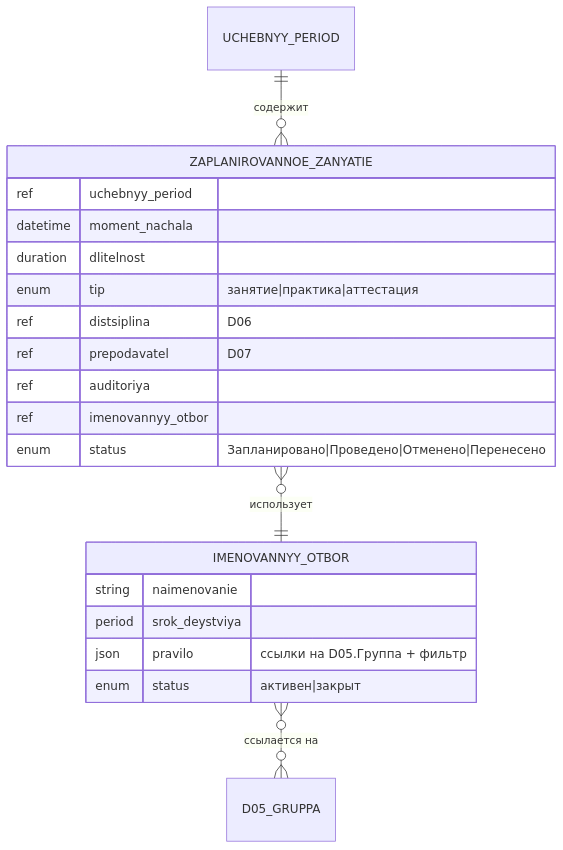
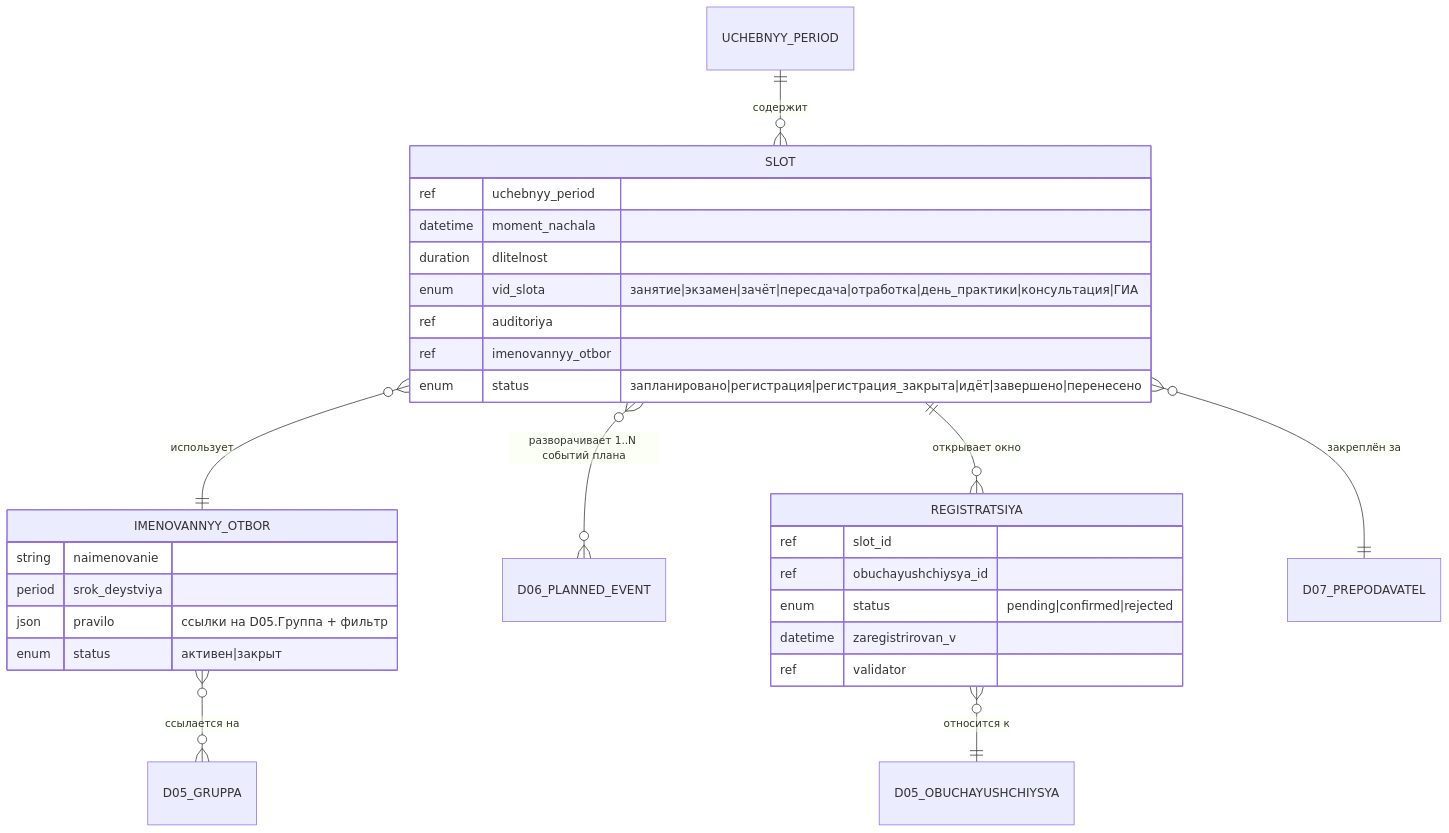
One commit to aplicon-ru/edu-framework changed the diagram in domains/D14-schedule/data-model/entities.md. Above: the diagram before and after it, drawn with Mermaid. The commit also changed other lines of this file and 5 other files, not shown here.

````diff
--- a/domains/D14-schedule/data-model/entities.md
+++ b/domains/D14-schedule/data-model/entities.md
@@ -147,23 +253,33 @@
 ```mermaid
 erDiagram
-    UCHEBNYY_PERIOD ||--o{ ZAPLANIROVANNOE_ZANYATIE : "содержит"
-    ZAPLANIROVANNOE_ZANYATIE }o--|| IMENOVANNYY_OTBOR : "использует"
+    UCHEBNYY_PERIOD ||--o{ SLOT : "содержит"
+    SLOT }o--|| IMENOVANNYY_OTBOR : "использует"
+    SLOT }o--o{ D06_PLANNED_EVENT : "разворачивает 1..N событий плана"
+    SLOT ||--o{ REGISTRATSIYA : "открывает окно"
+    REGISTRATSIYA }o--|| D05_OBUCHAYUSHCHIYSYA : "относится к"
+    IMENOVANNYY_OTBOR }o--o{ D05_GRUPPA : "ссылается на"
+    SLOT }o--|| D07_PREPODAVATEL : "закреплён за"
+
+    SLOT {
+        ref uchebnyy_period
+        datetime moment_nachala
+        duration dlitelnost
+        enum vid_slota "занятие|экзамен|зачёт|пересдача|отработка|день_практики|консультация|ГИА"
+        ref auditoriya
+        ref imenovannyy_otbor
+        enum status "запланировано|регистрация|регистрация_закрыта|идёт|завершено|перенесено"
+    }
     IMENOVANNYY_OTBOR {
         string naimenovanie
         period srok_deystviya
         json pravilo "ссылки на D05.Группа + фильтр"
         enum status "активен|закрыт"
     }
-    IMENOVANNYY_OTBOR }o--o{ D05_GRUPPA : "ссылается на"
-    ZAPLANIROVANNOE_ZANYATIE {
-        ref uchebnyy_period
-        datetime moment_nachala
-        duration dlitelnost
-        enum tip "занятие|практика|аттестация"
-        ref distsiplina "D06"
-        ref prepodavatel "D07"
-        ref auditoriya
-        ref imenovannyy_otbor
-        enum status "Запланировано|Проведено|Отменено|Перенесено"
+    REGISTRATSIYA {
+        ref slot_id
+        ref obuchayushchiysya_id
+        enum status "pending|confirmed|rejected"
+        datetime zaregistrirovan_v
+        ref validator
     }
 ```
````
